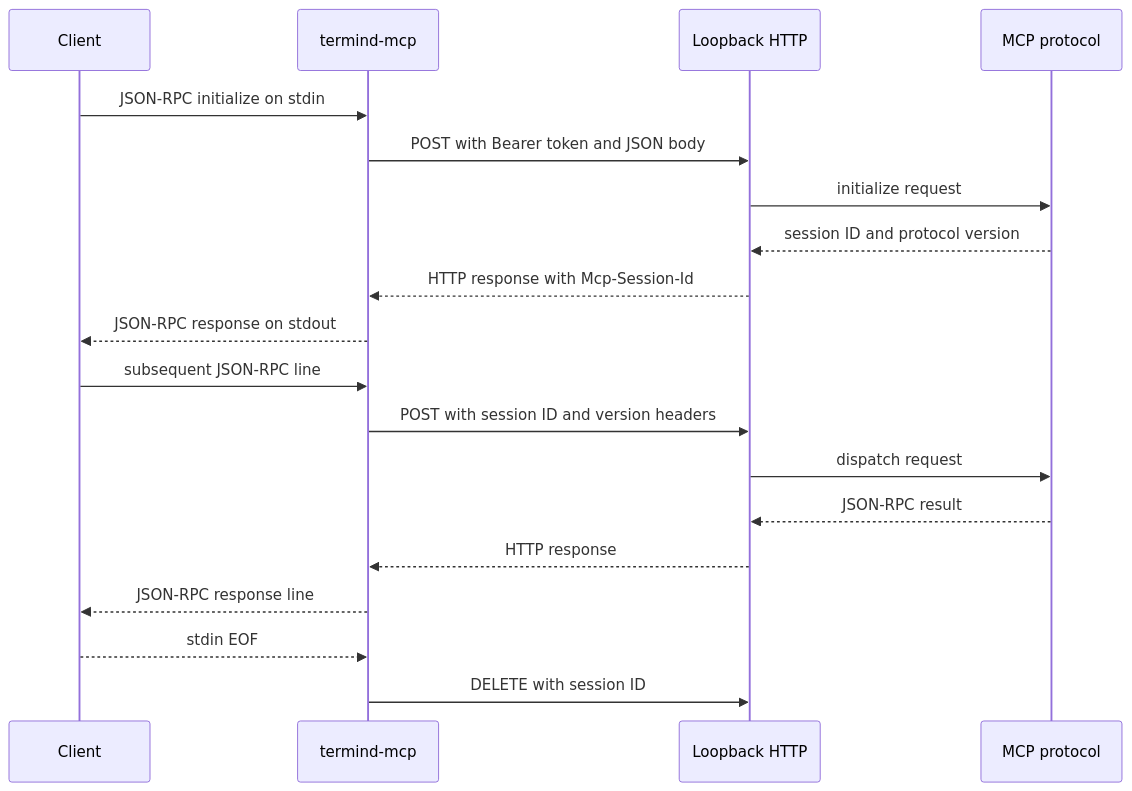
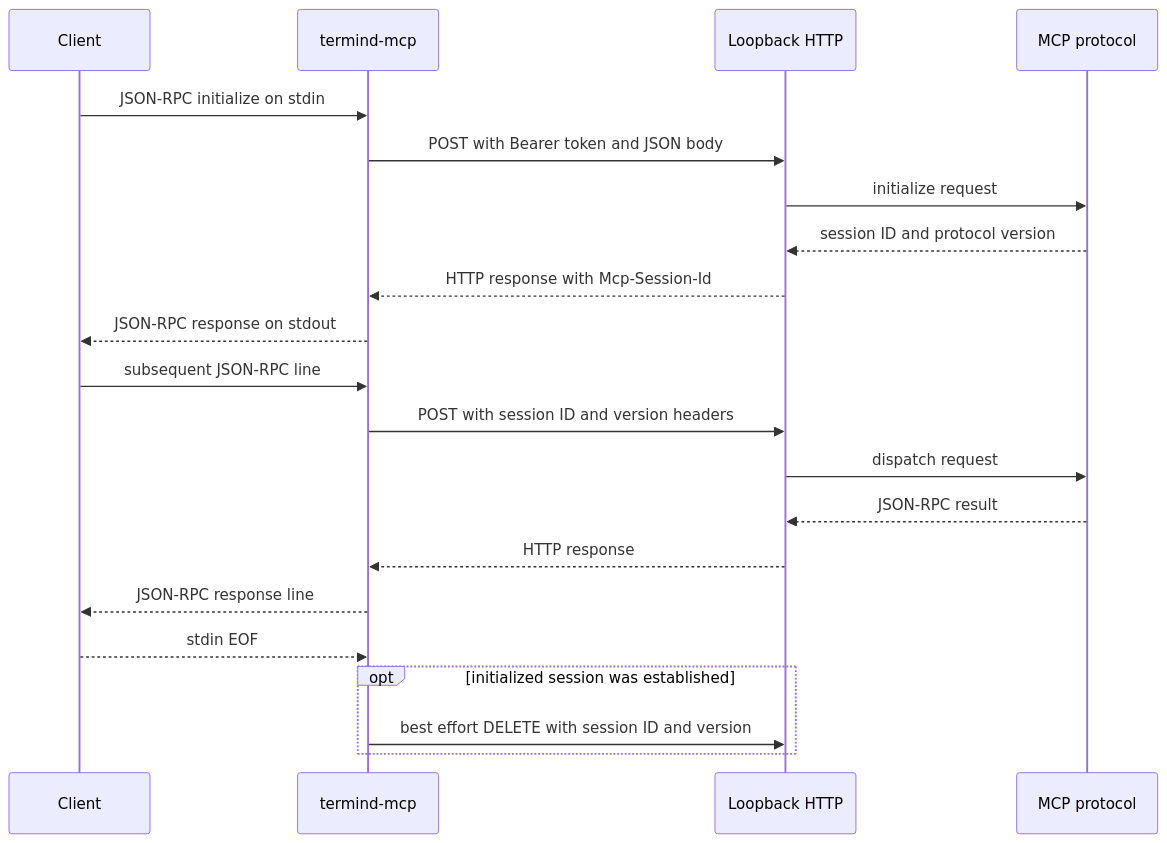
One commit to AkinoKaede/Termind changed the sixth of 6 diagrams in openwiki/integrations/mcp-server-and-bridge.md. Above: the diagram before and after it, drawn with Mermaid. The commit also changed other lines of this file and 65 other files, not shown here.

````diff
--- a/openwiki/integrations/mcp-server-and-bridge.md
+++ b/openwiki/integrations/mcp-server-and-bridge.md
@@ -291,21 +295,23 @@
 ```mermaid
 sequenceDiagram
     participant Client
     participant Bridge as termind-mcp
     participant HTTP as Loopback HTTP
     participant Protocol as MCP protocol
     Client->>Bridge: JSON-RPC initialize on stdin
     Bridge->>HTTP: POST with Bearer token and JSON body
     HTTP->>Protocol: initialize request
     Protocol-->>HTTP: session ID and protocol version
     HTTP-->>Bridge: HTTP response with Mcp-Session-Id
     Bridge-->>Client: JSON-RPC response on stdout
     Client->>Bridge: subsequent JSON-RPC line
     Bridge->>HTTP: POST with session ID and version headers
     HTTP->>Protocol: dispatch request
     Protocol-->>HTTP: JSON-RPC result
     HTTP-->>Bridge: HTTP response
     Bridge-->>Client: JSON-RPC response line
     Client-->>Bridge: stdin EOF
-    Bridge->>HTTP: DELETE with session ID
+    opt initialized session was established
+        Bridge->>HTTP: best effort DELETE with session ID and version
+    end
 ```
````
